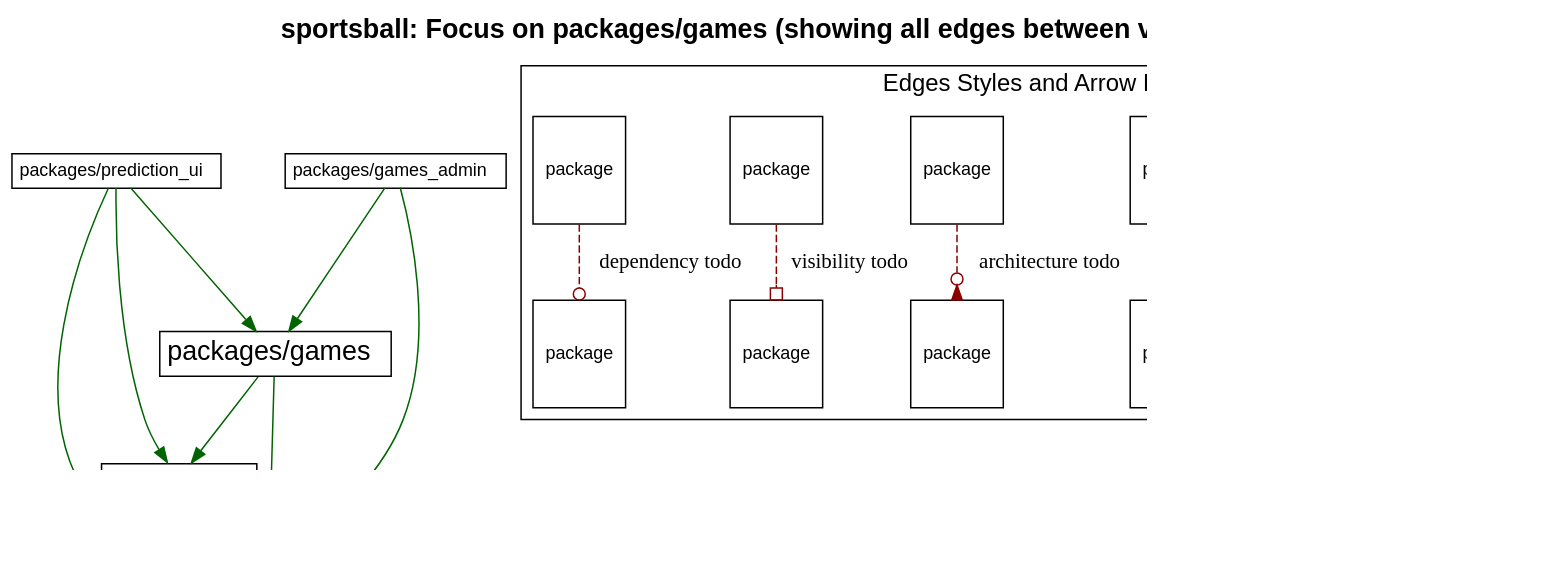
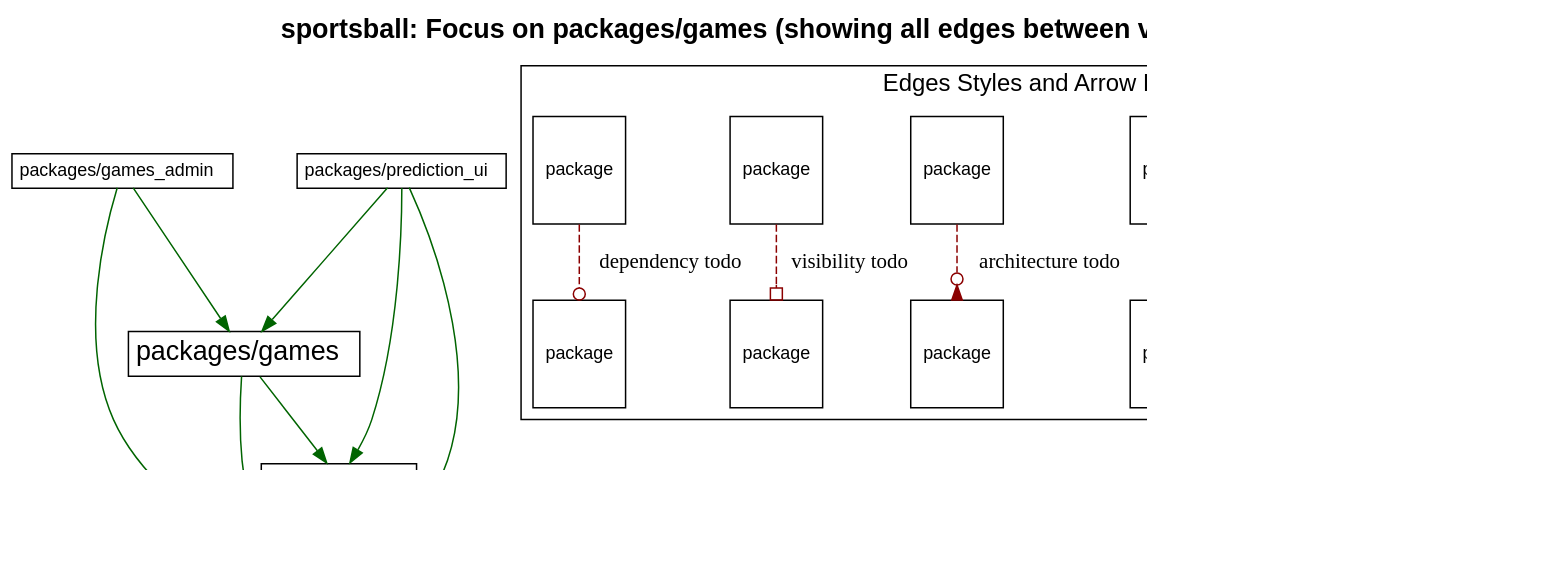
The diagram in c2s06/sportsball/diagrams/packages_games.dot (shageman/package-based-rails-applications-book), drawn with Graphviz before and after one commit. The commit also changed other lines of this file and 496 other files, not shown here.

Commit message:
Update package diagrams

```diff
--- a/c2s06/sportsball/diagrams/packages_games.dot
+++ b/c2s06/sportsball/diagrams/packages_games.dot
@@ -1,107 +1,107 @@
 digraph package_diagram {
   rankdir=TD
   graph [
     labelloc="t"
     fontname="Helvetica,Arial,sans-serif"
     dpi=100
     layout=dot
     label=<<b>sportsball: Focus on packages/games (showing all edges between visible packs)</b>>
     fontsize=18
   ]
   node [
     fontname="Helvetica,Arial,sans-serif"
     fontsize=26.0
     fontcolor=black
     fillcolor=white
     color=black
     height=1.0
     style=filled
     shape=plain
   ]
     subgraph NotInLayer {
       shape=box
       color=darkgrey
       fillcolor=lightblue
       style=filled
         cluster=false
         "packages/games" [
             fontsize=18.0
             label= <
                 <table border='0' cellborder='1' cellspacing='0' cellpadding='4'>
                   <tr> <td align='left'> packages/games </td> </tr>
                 </table>
               >
           ]
         
+        "packages/games_admin" [
+            fontsize=12.0
+            label= <
+                <table border='0' cellborder='1' cellspacing='0' cellpadding='4'>
+                  <tr> <td align='left'> packages/games_admin </td> </tr>
+                </table>
+              >
+          ]
+        
         "packages/prediction_ui" [
             fontsize=12.0
             label= <
                 <table border='0' cellborder='1' cellspacing='0' cellpadding='4'>
                   <tr> <td align='left'> packages/prediction_ui </td> </tr>
-                </table>
-              >
-          ]
-        
-        "packages/games_admin" [
-            fontsize=12.0
-            label= <
-                <table border='0' cellborder='1' cellspacing='0' cellpadding='4'>
-                  <tr> <td align='left'> packages/games_admin </td> </tr>
                 </table>
               >
           ]
         
         "packages/rails_shims" [
             fontsize=12.0
             label= <
                 <table border='0' cellborder='1' cellspacing='0' cellpadding='4'>
                   <tr> <td align='left'> packages/rails_shims </td> </tr>
                 </table>
               >
           ]
         
         "packages/teams" [
             fontsize=12.0
             label= <
                 <table border='0' cellborder='1' cellspacing='0' cellpadding='4'>
                   <tr> <td align='left'> packages/teams </td> </tr>
                 </table>
               >
           ]
         
     }
           "packages/games" -> "packages/rails_shims" [ color=darkgreen ]
           "packages/games" -> "packages/teams" [ color=darkgreen ]
+          "packages/games_admin" -> "packages/games" [ color=darkgreen ]
+          "packages/games_admin" -> "packages/rails_shims" [ color=darkgreen ]
           "packages/prediction_ui" -> "packages/games" [ color=darkgreen ]
           "packages/prediction_ui" -> "packages/rails_shims" [ color=darkgreen ]
           "packages/prediction_ui" -> "packages/teams" [ color=darkgreen ]
-          "packages/games_admin" -> "packages/games" [ color=darkgreen ]
-          "packages/games_admin" -> "packages/rails_shims" [ color=darkgreen ]
           "packages/teams" -> "packages/rails_shims" [ color=darkgreen ]
   subgraph cluster_legend {
     fontsize=16
     label="Edges Styles and Arrow Heads"
     A [ fontsize=12 shape=box label="package"]
     B [ fontsize=12 shape=box label="package"]
     C [ fontsize=12 shape=box label="package"]
     D [ fontsize=12 shape=box label="package"]
     E [ fontsize=12 shape=box label="package"]
     F [ fontsize=12 shape=box label="package"]
     G [ fontsize=12 shape=box label="package"]
     H [ fontsize=12 shape=box label="package"]
     I [ fontsize=12 shape=box label="package"]
     J [ fontsize=12 shape=box label="package"]
     A -> B [label="accepted dependency" color=darkgreen]
     C -> D [label="privac todo" color=darkred style=dashed arrowhead=crow]
     E -> F [label="architecture todo" color=darkred style=dashed arrowhead=invodot]
     G -> H [label="visibility todo" color=darkred style=dashed arrowhead=obox]
     I -> J [label="dependency todo" color=darkred style=dashed arrowhead=odot]
   }
   subgraph cluster_teams_legend {
     fontsize=16
     label="Team Colors"
 
 
   }
   J -> "" [style=invis]
 }
```
